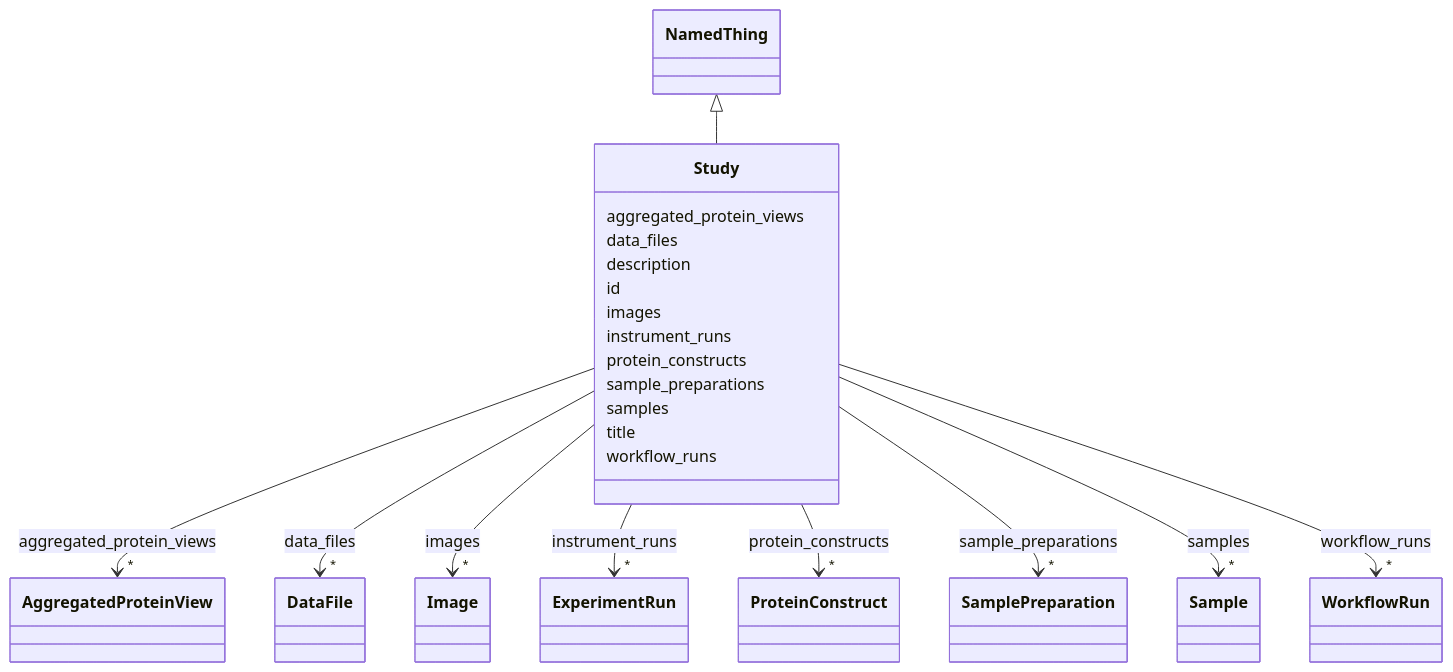
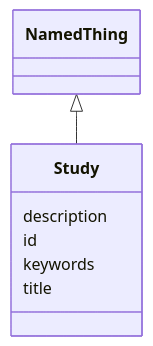
One commit to lambda-ber/lambda-ber-schema changed the diagram in docs/elements/Study.md. Above: the diagram before and after it, drawn with Mermaid. The commit also changed other lines of this file and 404 other files, not shown here.

Commit message:
Update schema artifacts

````diff
--- a/docs/elements/Study.md
+++ b/docs/elements/Study.md
@@ -22,99 +22,13 @@
       NamedThing <|-- Study
         click NamedThing href "../NamedThing/"
       
-      Study : aggregated_protein_views
-        
-          
-    
-        
-        
-        Study --> "*" AggregatedProteinView : aggregated_protein_views
-        click AggregatedProteinView href "../AggregatedProteinView/"
-    
-
-        
-      Study : data_files
-        
-          
-    
-        
-        
-        Study --> "*" DataFile : data_files
-        click DataFile href "../DataFile/"
-    
-
-        
       Study : description
         
       Study : id
         
-      Study : images
-        
-          
-    
-        
-        
-        Study --> "*" Image : images
-        click Image href "../Image/"
-    
-
-        
-      Study : instrument_runs
-        
-          
-    
-        
-        
-        Study --> "*" ExperimentRun : instrument_runs
-        click ExperimentRun href "../ExperimentRun/"
-    
-
-        
-      Study : protein_constructs
-        
-          
-    
-        
-        
-        Study --> "*" ProteinConstruct : protein_constructs
-        click ProteinConstruct href "../ProteinConstruct/"
-    
-
-        
-      Study : sample_preparations
-        
-          
-    
-        
-        
-        Study --> "*" SamplePreparation : sample_preparations
-        click SamplePreparation href "../SamplePreparation/"
-    
-
-        
-      Study : samples
-        
-          
-    
-        
-        
-        Study --> "*" Sample : samples
-        click Sample href "../Sample/"
-    
-
+      Study : keywords
         
       Study : title
         
-      Study : workflow_runs
-        
-          
-    
-        
-        
-        Study --> "*" WorkflowRun : workflow_runs
-        click WorkflowRun href "../WorkflowRun/"
-    
-
-        
       
 ```
````
